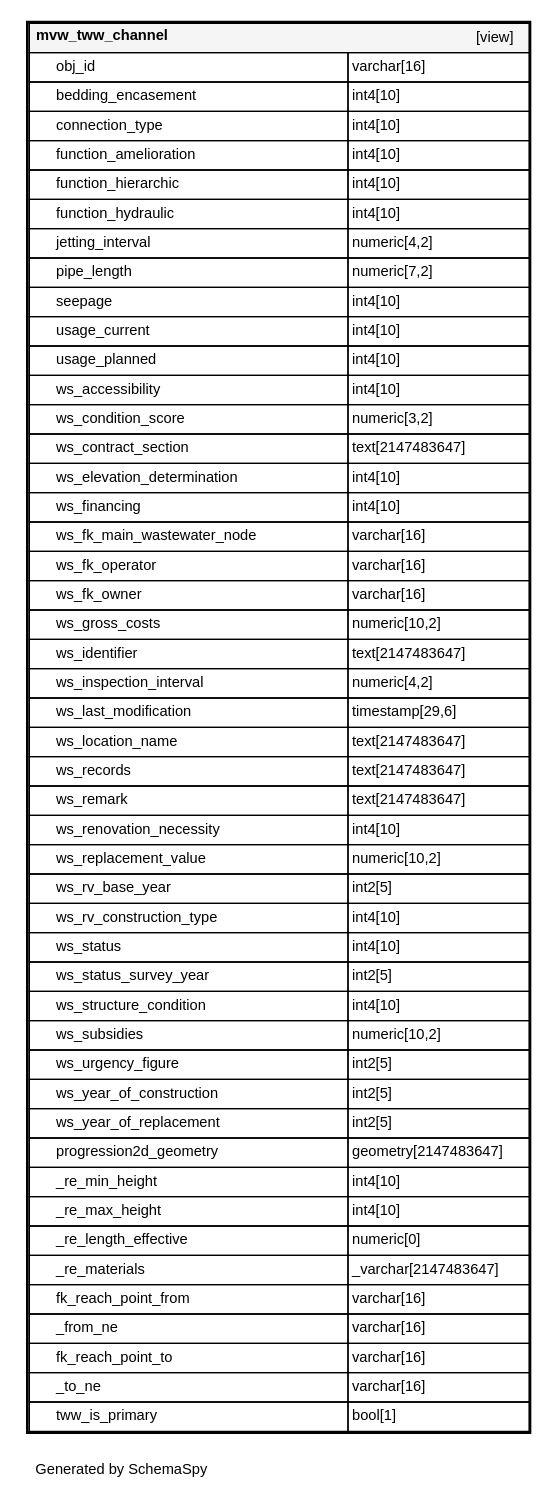
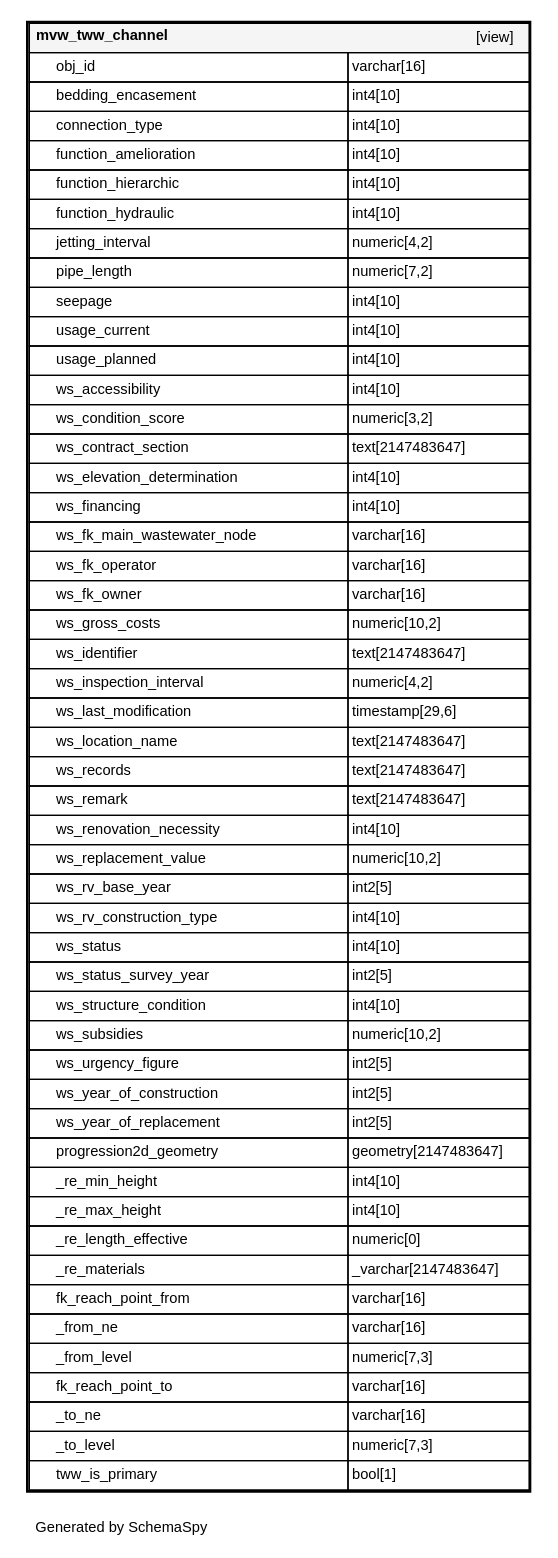
Before and after one commit to teksi/wastewater: the diagram in latest/en/_static/datamodel/tww_app/diagrams/tables/mvw_tww_channel.1degree.dot, drawn with Graphviz. The commit also changed 16 other files, not shown here.

```diff
--- a/latest/en/_static/datamodel/tww_app/diagrams/tables/mvw_tww_channel.1degree.dot
+++ b/latest/en/_static/datamodel/tww_app/diagrams/tables/mvw_tww_channel.1degree.dot
@@ -48,8 +48,10 @@
       <TR><TD PORT="_re_materials" COLSPAN="2" ALIGN="LEFT"><TABLE BORDER="0" CELLSPACING="0" ALIGN="LEFT"><TR ALIGN="LEFT"><TD ALIGN="LEFT" FIXEDSIZE="TRUE" WIDTH="15" HEIGHT="16"></TD><TD ALIGN="LEFT" FIXEDSIZE="TRUE" WIDTH="218" HEIGHT="16">_re_materials</TD></TR></TABLE></TD><TD PORT="_re_materials.type" ALIGN="LEFT">_varchar[2147483647]</TD></TR>
       <TR><TD PORT="fk_reach_point_from" COLSPAN="2" ALIGN="LEFT"><TABLE BORDER="0" CELLSPACING="0" ALIGN="LEFT"><TR ALIGN="LEFT"><TD ALIGN="LEFT" FIXEDSIZE="TRUE" WIDTH="15" HEIGHT="16"></TD><TD ALIGN="LEFT" FIXEDSIZE="TRUE" WIDTH="218" HEIGHT="16">fk_reach_point_from</TD></TR></TABLE></TD><TD PORT="fk_reach_point_from.type" ALIGN="LEFT">varchar[16]</TD></TR>
       <TR><TD PORT="_from_ne" COLSPAN="2" ALIGN="LEFT"><TABLE BORDER="0" CELLSPACING="0" ALIGN="LEFT"><TR ALIGN="LEFT"><TD ALIGN="LEFT" FIXEDSIZE="TRUE" WIDTH="15" HEIGHT="16"></TD><TD ALIGN="LEFT" FIXEDSIZE="TRUE" WIDTH="218" HEIGHT="16">_from_ne</TD></TR></TABLE></TD><TD PORT="_from_ne.type" ALIGN="LEFT">varchar[16]</TD></TR>
+      <TR><TD PORT="_from_level" COLSPAN="2" ALIGN="LEFT"><TABLE BORDER="0" CELLSPACING="0" ALIGN="LEFT"><TR ALIGN="LEFT"><TD ALIGN="LEFT" FIXEDSIZE="TRUE" WIDTH="15" HEIGHT="16"></TD><TD ALIGN="LEFT" FIXEDSIZE="TRUE" WIDTH="218" HEIGHT="16">_from_level</TD></TR></TABLE></TD><TD PORT="_from_level.type" ALIGN="LEFT">numeric[7,3]</TD></TR>
       <TR><TD PORT="fk_reach_point_to" COLSPAN="2" ALIGN="LEFT"><TABLE BORDER="0" CELLSPACING="0" ALIGN="LEFT"><TR ALIGN="LEFT"><TD ALIGN="LEFT" FIXEDSIZE="TRUE" WIDTH="15" HEIGHT="16"></TD><TD ALIGN="LEFT" FIXEDSIZE="TRUE" WIDTH="218" HEIGHT="16">fk_reach_point_to</TD></TR></TABLE></TD><TD PORT="fk_reach_point_to.type" ALIGN="LEFT">varchar[16]</TD></TR>
       <TR><TD PORT="_to_ne" COLSPAN="2" ALIGN="LEFT"><TABLE BORDER="0" CELLSPACING="0" ALIGN="LEFT"><TR ALIGN="LEFT"><TD ALIGN="LEFT" FIXEDSIZE="TRUE" WIDTH="15" HEIGHT="16"></TD><TD ALIGN="LEFT" FIXEDSIZE="TRUE" WIDTH="218" HEIGHT="16">_to_ne</TD></TR></TABLE></TD><TD PORT="_to_ne.type" ALIGN="LEFT">varchar[16]</TD></TR>
+      <TR><TD PORT="_to_level" COLSPAN="2" ALIGN="LEFT"><TABLE BORDER="0" CELLSPACING="0" ALIGN="LEFT"><TR ALIGN="LEFT"><TD ALIGN="LEFT" FIXEDSIZE="TRUE" WIDTH="15" HEIGHT="16"></TD><TD ALIGN="LEFT" FIXEDSIZE="TRUE" WIDTH="218" HEIGHT="16">_to_level</TD></TR></TABLE></TD><TD PORT="_to_level.type" ALIGN="LEFT">numeric[7,3]</TD></TR>
       <TR><TD PORT="tww_is_primary" COLSPAN="2" ALIGN="LEFT"><TABLE BORDER="0" CELLSPACING="0" ALIGN="LEFT"><TR ALIGN="LEFT"><TD ALIGN="LEFT" FIXEDSIZE="TRUE" WIDTH="15" HEIGHT="16"></TD><TD ALIGN="LEFT" FIXEDSIZE="TRUE" WIDTH="218" HEIGHT="16">tww_is_primary</TD></TR></TABLE></TD><TD PORT="tww_is_primary.type" ALIGN="LEFT">bool[1]</TD></TR>
     </TABLE>>
     URL="../../tables/mvw_tww_channel.html"
```
